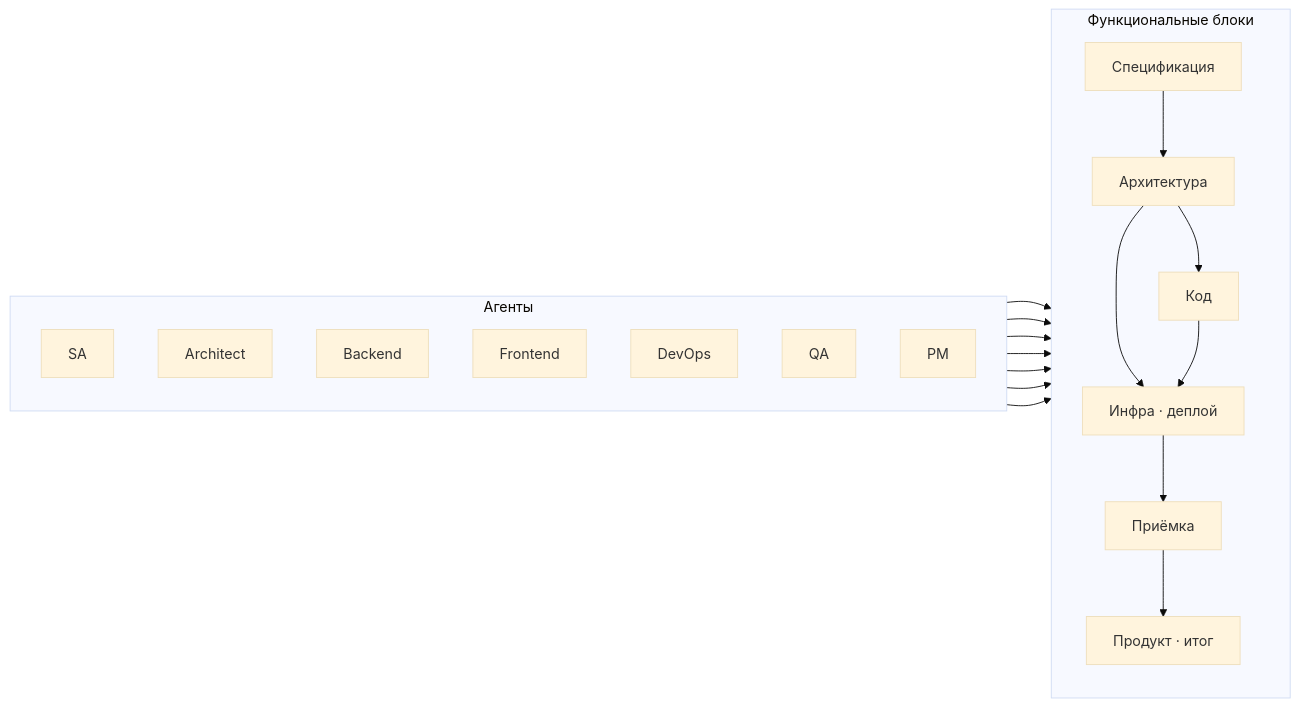
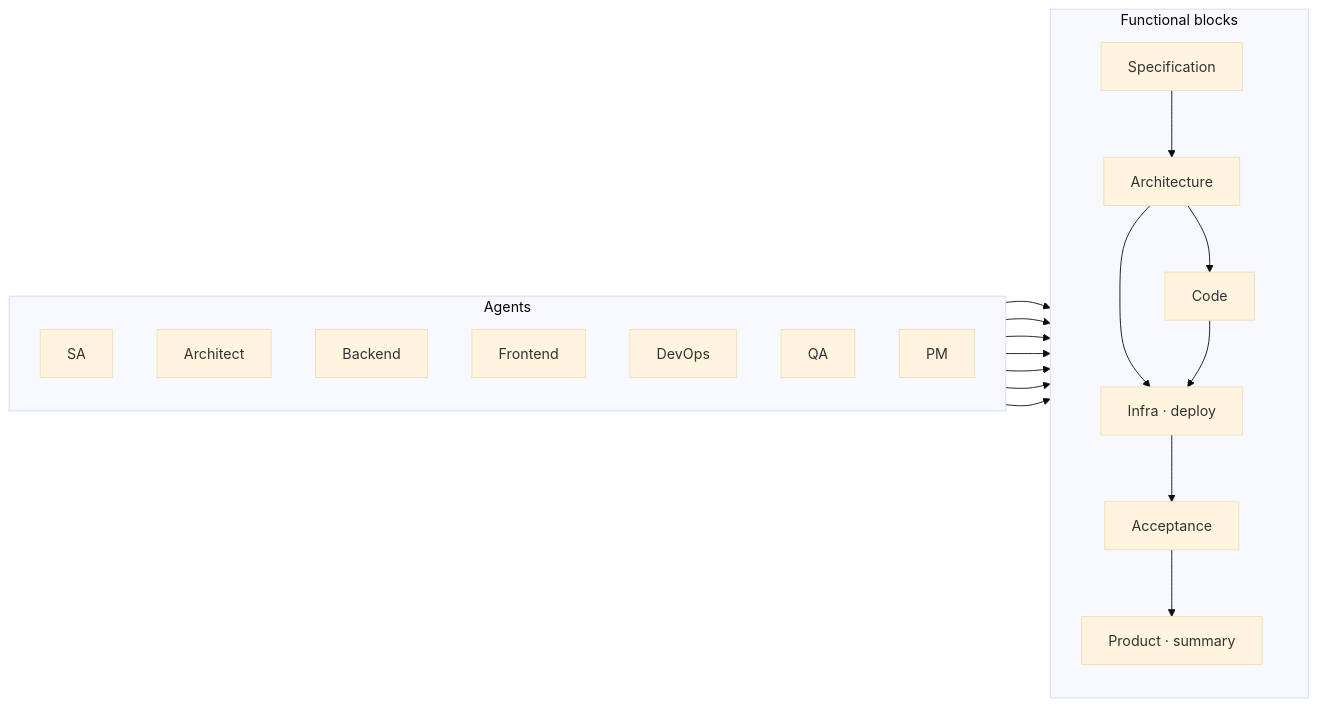
Before and after one commit to sergey-show/lambot-platform: diagram 12 of 17 in Architecture.md, drawn with Mermaid (base theme). The commit also changed other lines of this file and 119 other files, not shown here.

````diff
--- a/Architecture.md
+++ b/Architecture.md
@@ -552,37 +552,37 @@
 ```mermaid
 flowchart LR
-  subgraph FN["Функциональные блоки"]
+  subgraph FN["Functional blocks"]
     direction TB
-    f_spec["Спецификация"]
-    f_arch["Архитектура"]
-    f_code["Код"]
-    f_infra["Инфра · деплой"]
-    f_qa["Приёмка"]
-    f_prod["Продукт · итог"]
+    f_spec["Specification"]
+    f_arch["Architecture"]
+    f_code["Code"]
+    f_infra["Infra · deploy"]
+    f_qa["Acceptance"]
+    f_prod["Product · summary"]
   end
 
-  subgraph AG["Агенты"]
+  subgraph AG["Agents"]
     direction TB
     a_sa[SA]
     a_ar[Architect]
     a_be[Backend]
     a_fe[Frontend]
     a_do[DevOps]
     a_qa[QA]
     a_pm[PM]
   end
 
   a_sa --> f_spec
   a_ar --> f_arch
   a_be --> f_code
   a_fe --> f_code
   a_do --> f_infra
   a_qa --> f_qa
   a_pm --> f_prod
   f_spec --> f_arch
   f_arch --> f_code
   f_arch --> f_infra
   f_code --> f_infra
   f_infra --> f_qa
   f_qa --> f_prod
 ```
````
